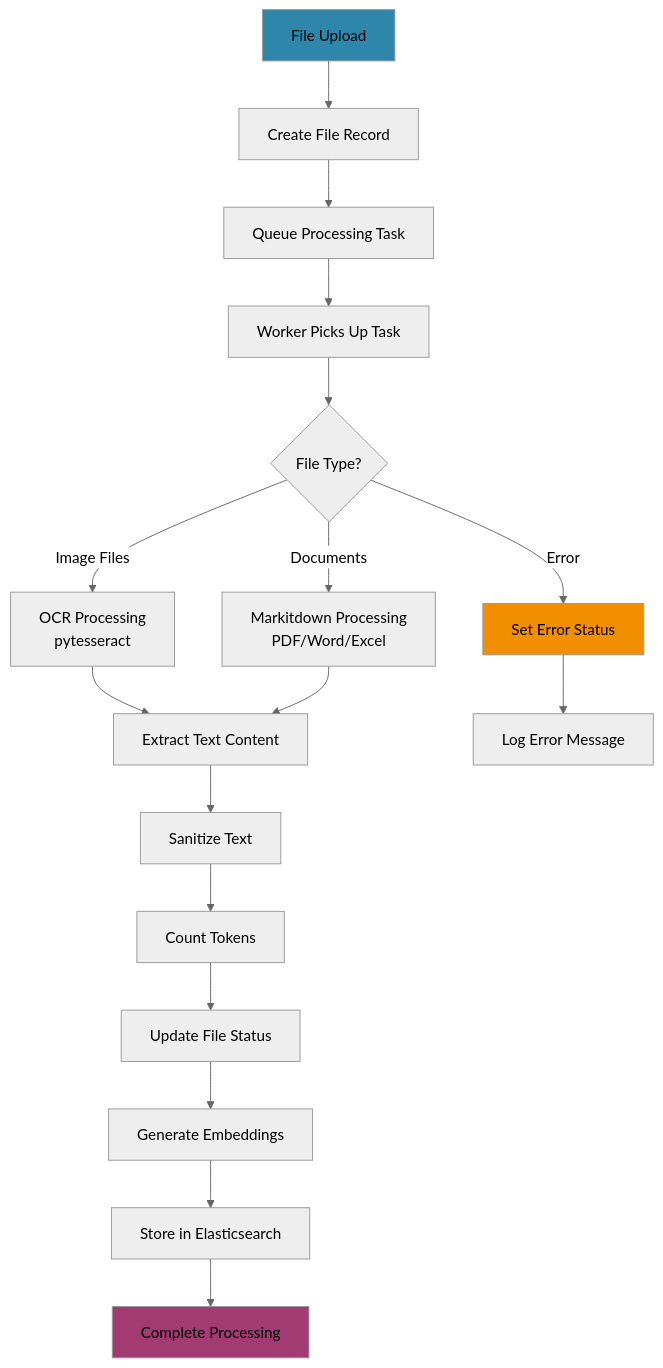
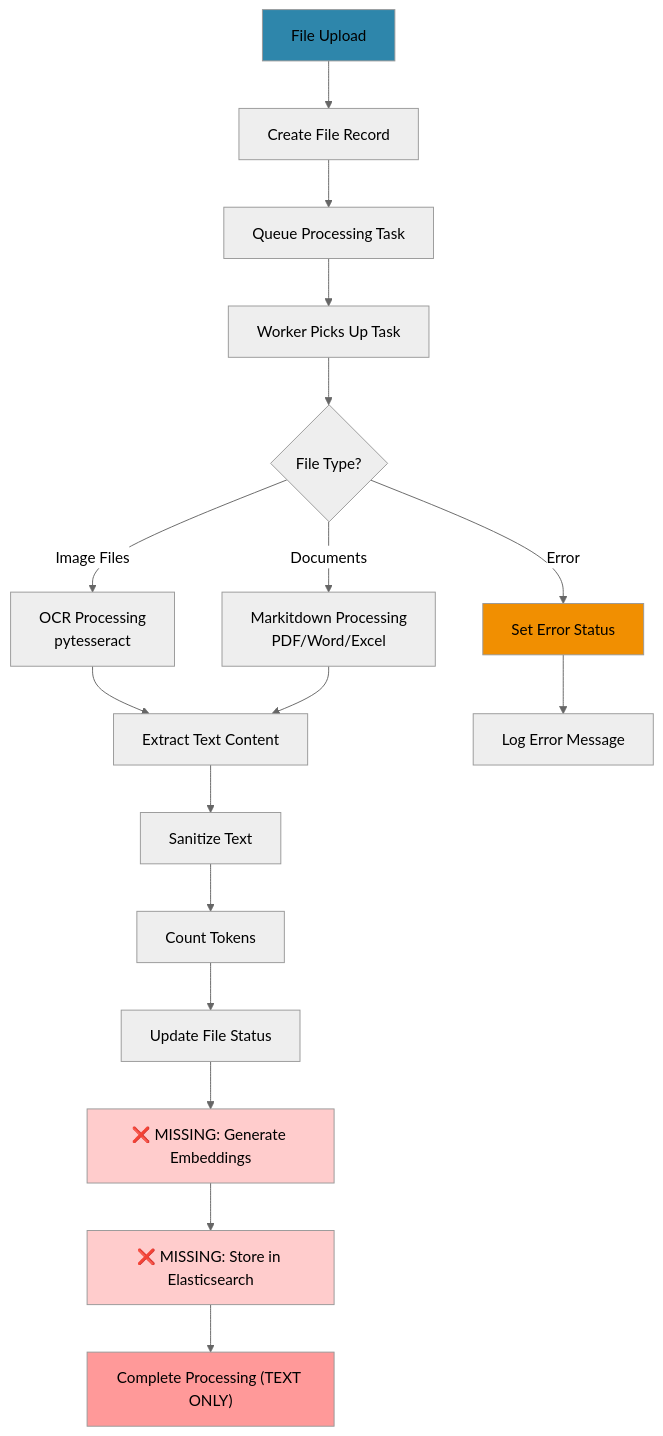
One commit to Blessan-Alex/redbox-v2 changed the eighth of 12 diagrams in knowledge-bank/django-app-service-audit.md. Above: the diagram before and after it, drawn with Mermaid (neutral theme). The commit also changed other lines of this file and 2 other files, not shown here.

````diff
--- a/knowledge-bank/django-app-service-audit.md
+++ b/knowledge-bank/django-app-service-audit.md
@@ -670,26 +694,28 @@
 ```mermaid
 flowchart TD
     A["File Upload"] --> B["Create File Record"]
     B --> C["Queue Processing Task"]
     C --> D["Worker Picks Up Task"]
     D --> E{"File Type?"}
     
     E -->|"Image Files"| F["OCR Processing<br/>pytesseract"]
     E -->|"Documents"| G["Markitdown Processing<br/>PDF/Word/Excel"]
     
     F --> H["Extract Text Content"]
     G --> H
     H --> I["Sanitize Text"]
     I --> J["Count Tokens"]
     J --> K["Update File Status"]
-    K --> L["Generate Embeddings"]
-    L --> M["Store in Elasticsearch"]
-    M --> N["Complete Processing"]
+    K --> L["❌ MISSING: Generate Embeddings"]
+    L --> M["❌ MISSING: Store in Elasticsearch"]
+    M --> N["Complete Processing (TEXT ONLY)"]
     
     E -->|"Error"| O["Set Error Status"]
     O --> P["Log Error Message"]
     
     style A fill:#2E86AB
-    style N fill:#A23B72
+    style N fill:#ff9999
     style O fill:#F18F01
+    style L fill:#ffcccc
+    style M fill:#ffcccc
 ```
````
